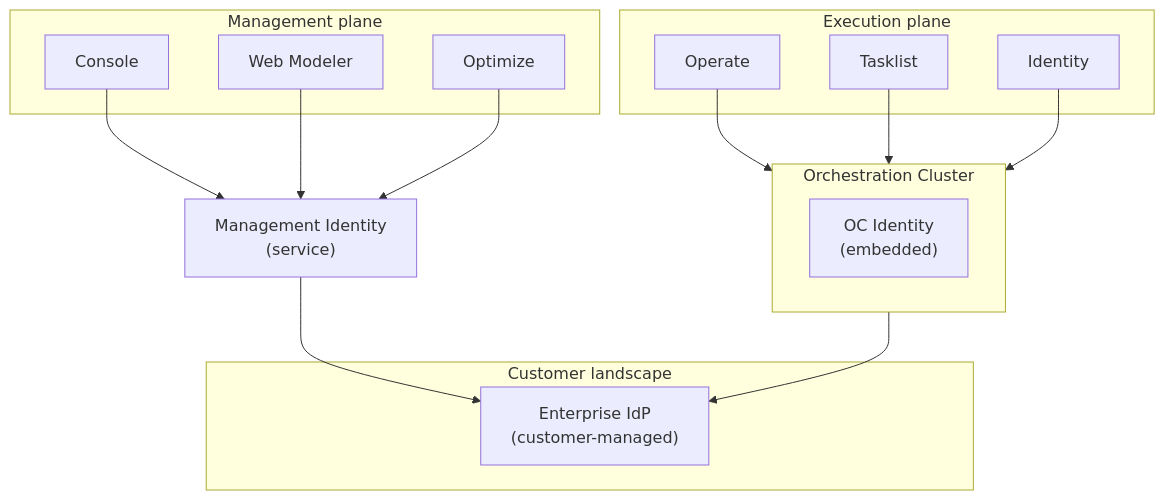
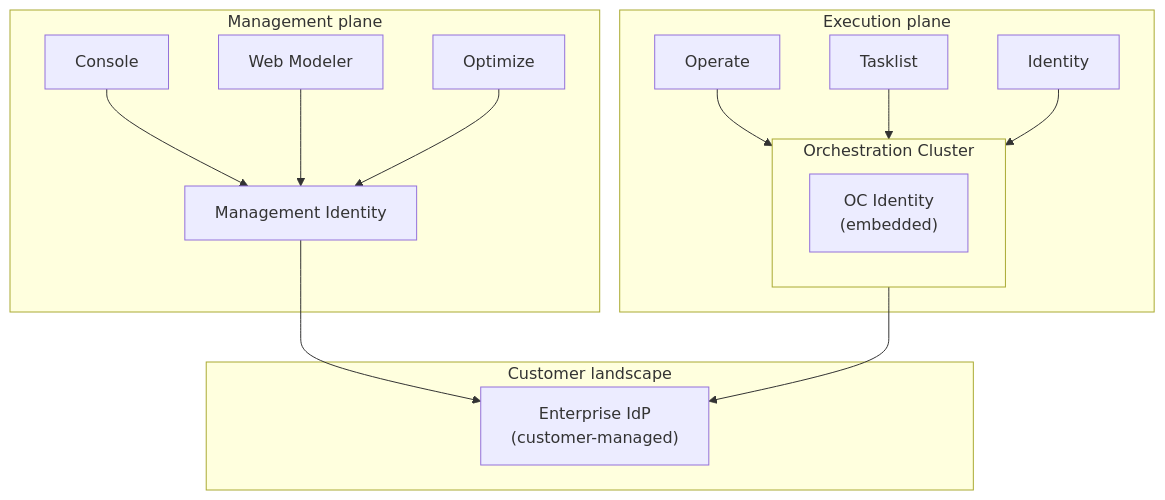
The second of 22 diagrams in docs/architecture_docs.md (camunda/camunda-security-library), drawn with Mermaid before and after one commit. The commit also changed other lines of this file, not shown here.

First line of the commit message:
docs: Refined architecture doc:

````diff
--- a/docs/architecture_docs.md
+++ b/docs/architecture_docs.md
@@ -102,32 +138,32 @@
 ```mermaid
 flowchart TB
   subgraph Mgmt["Management plane"]
     Console["Console"]
     WebModeler["Web Modeler"]
     Optimize["Optimize"]
+
+    MgmtId["Management Identity"]
   end
-
-  MgmtId["Management Identity</br>(service)"]
 
   subgraph Execution["Execution plane"]
     Operate["Operate"]
     Tasklist["Tasklist"]
     Identity["Identity"]
-  end
 
-  subgraph OC["Orchestration Cluster"]
-    OCId["OC Identity</br>(embedded)"]
+    subgraph OC["Orchestration Cluster"]
+      OCId["OC Identity</br>(embedded)"]
+    end
   end
 
   subgraph Customer["Customer landscape"]
     CustIdP["Enterprise IdP</br>(customer-managed)"]
   end
 
   Console & WebModeler & Optimize --> MgmtId
 
   MgmtId --> CustIdP
 
   Operate & Tasklist & Identity --> OC
 
   OC --> CustIdP
 ```
````
